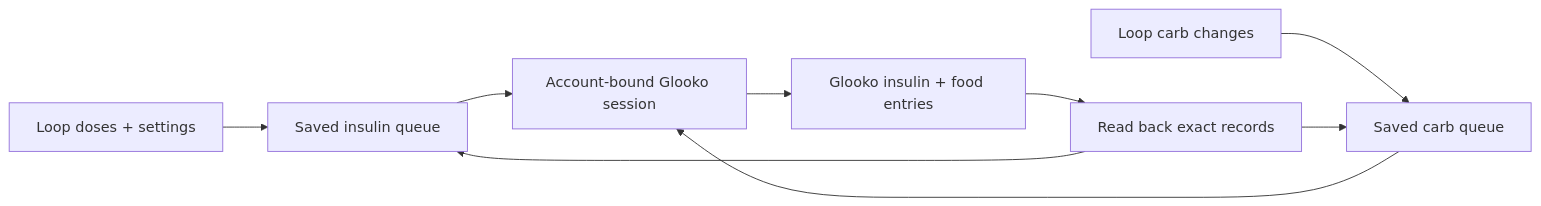
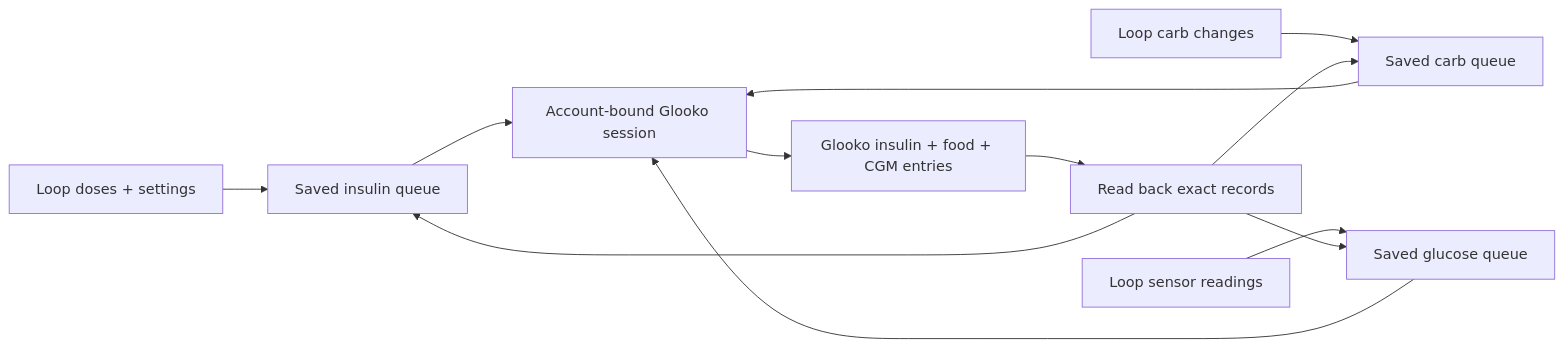
One commit to Nutcasey/GlookoService changed the diagram in README.md. Above: the diagram before and after it, drawn with Mermaid. The commit also changed other lines of this file and 14 other files, not shown here.

````diff
--- a/README.md
+++ b/README.md
@@ -93,11 +94,14 @@
 ```mermaid
 flowchart LR
     A["Loop doses + settings"] --> B["Saved insulin queue"]
     C["Loop carb changes"] --> D["Saved carb queue"]
     B --> E["Account-bound Glooko session"]
     D --> E
-    E --> F["Glooko insulin + food entries"]
+    H["Loop sensor readings"] --> I["Saved glucose queue"]
+    I --> E
+    E --> F["Glooko insulin + food + CGM entries"]
     F --> G["Read back exact records"]
     G --> B
     G --> D
+    G --> I
 ```
````
